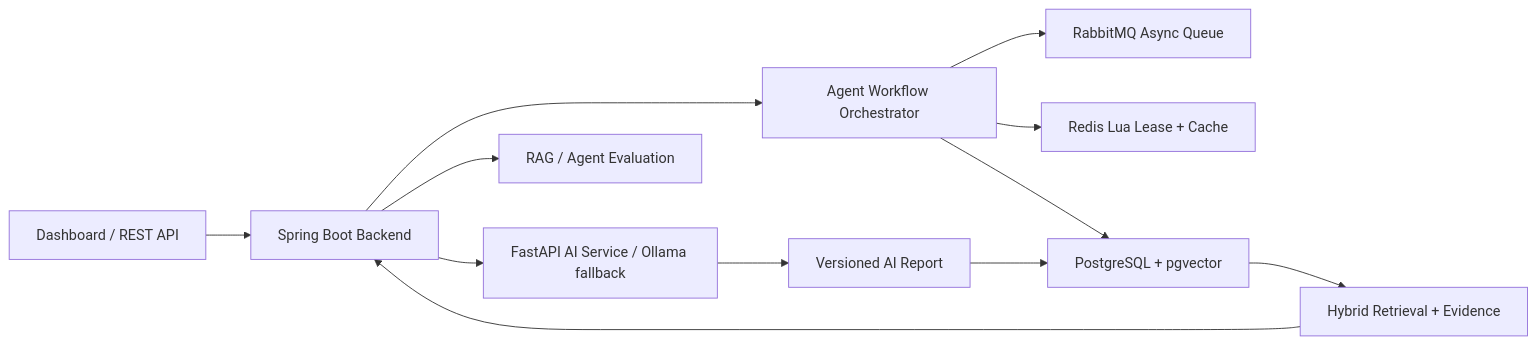
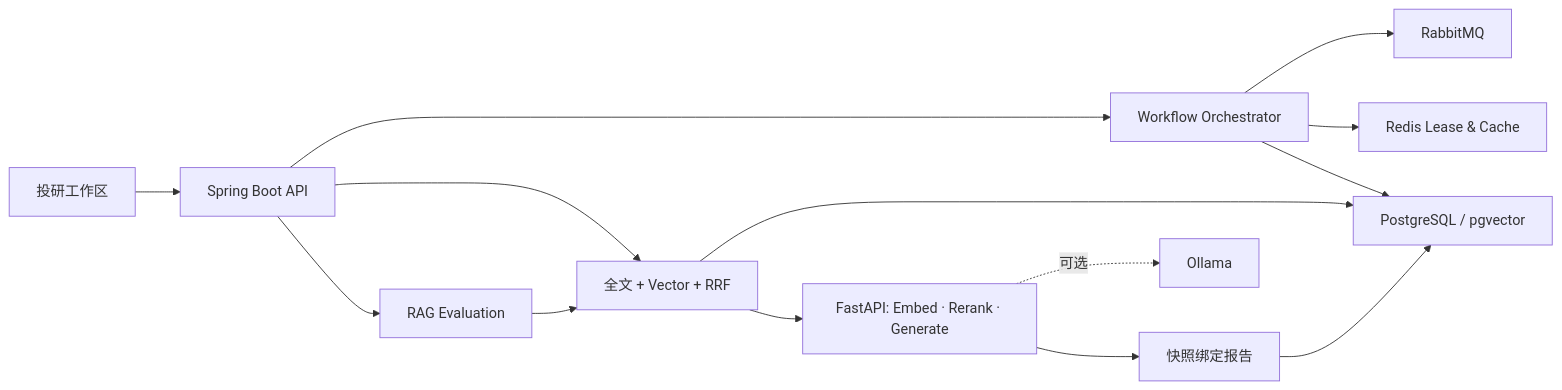
The diagram in README.zh-CN.md (juanjuandog/FinSight-AI), drawn with Mermaid before and after one commit. The commit also changed other lines of this file and 8 other files, not shown here.

````diff
--- a/README.zh-CN.md
+++ b/README.zh-CN.md
@@ -70,14 +104,17 @@
 ```mermaid
 flowchart LR
-    UI["Dashboard / REST API"] --> Backend["Spring Boot Backend"]
-    Backend --> Workflow["Agent Workflow Orchestrator"]
-    Workflow --> MQ["RabbitMQ Async Queue"]
-    Workflow --> Redis["Redis Lua Lease + Cache"]
-    Workflow --> PG["PostgreSQL + pgvector"]
-    Backend --> AI["FastAPI AI Service / Ollama fallback"]
-    PG --> Retrieval["Hybrid Retrieval + Evidence"]
-    Retrieval --> Backend
-    AI --> Report["Versioned AI Report"]
-    Report --> PG
-    Backend --> Eval["RAG / Agent Evaluation"]
+    UI["投研工作区"] --> API["Spring Boot API"]
+    API --> WF["Workflow Orchestrator"]
+    WF --> MQ["RabbitMQ"]
+    WF --> Lease["Redis Lease & Cache"]
+    WF --> DB["PostgreSQL / pgvector"]
+
+    API --> Retrieval["全文 + Vector + RRF"]
+    Retrieval --> DB
+    Retrieval --> Sidecar["FastAPI: Embed · Rerank · Generate"]
+    Sidecar -. 可选 .-> Ollama["Ollama"]
+    Sidecar --> Report["快照绑定报告"]
+    Report --> DB
+    API --> Eval["RAG Evaluation"]
+    Eval --> Retrieval
 ```
````
